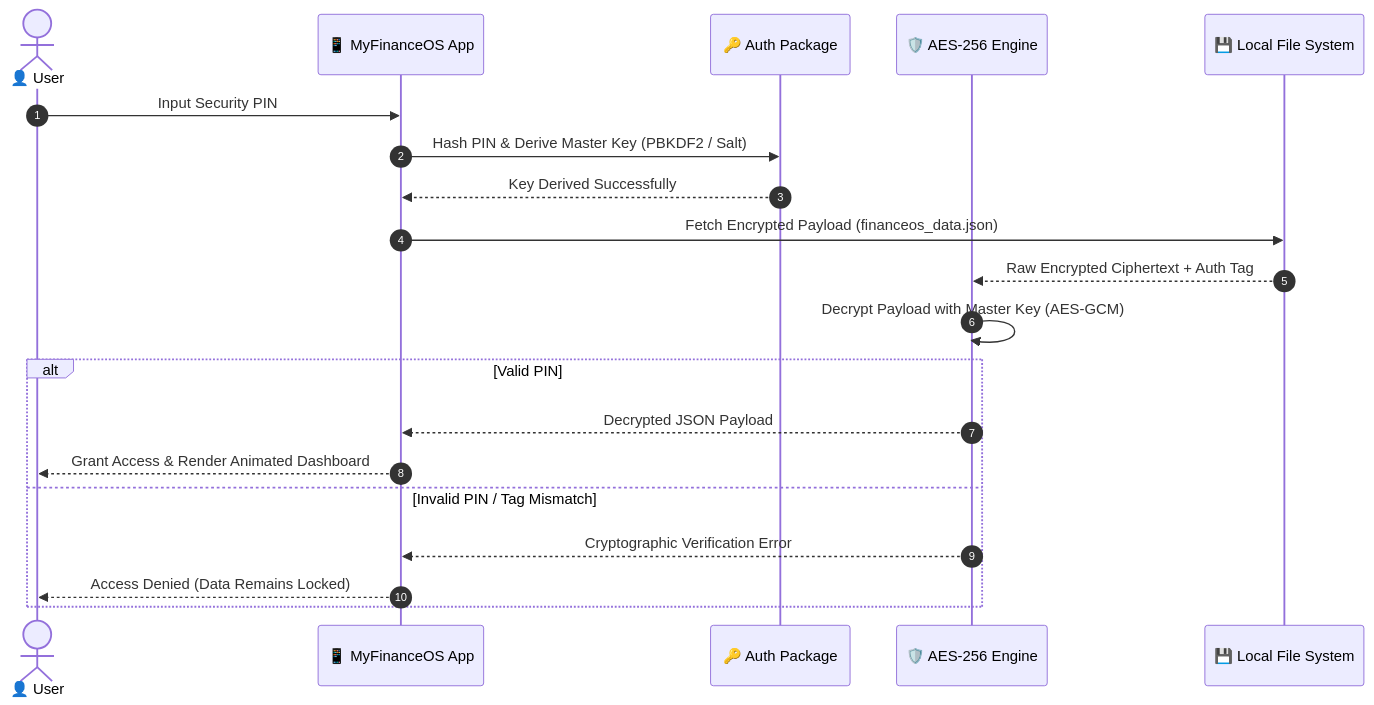
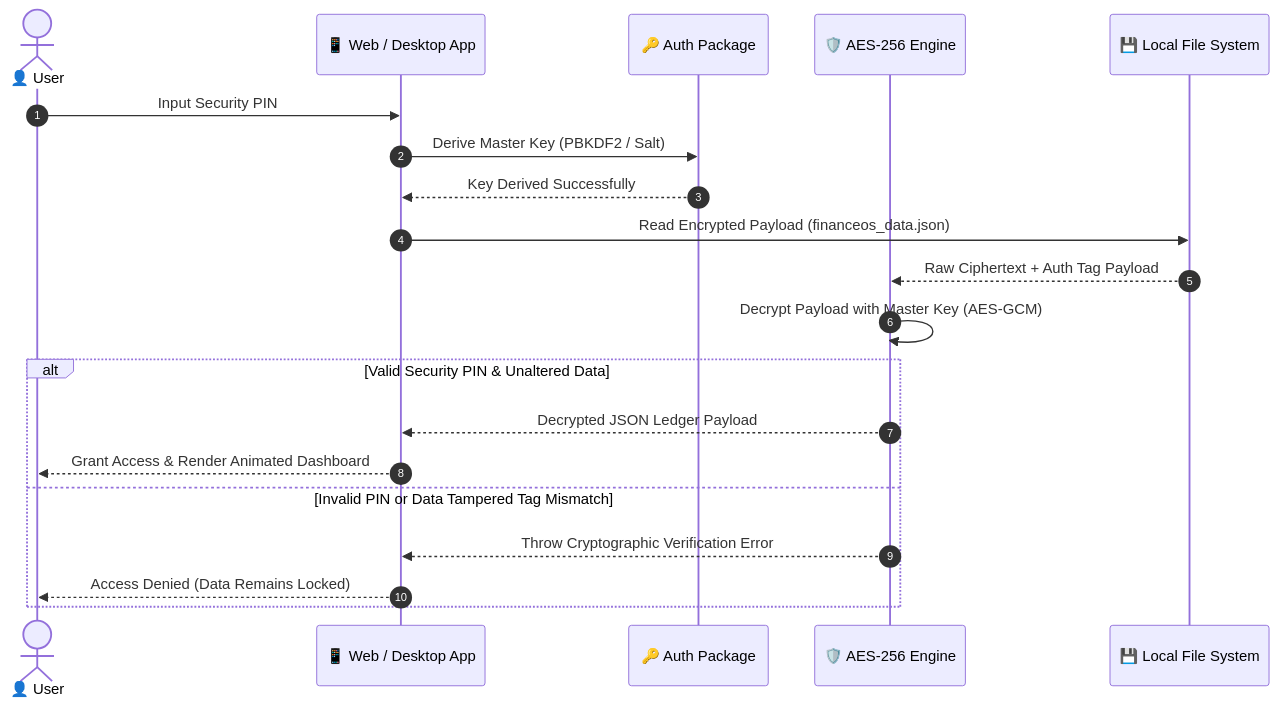
The third of 3 diagrams in README.md (AnuroopSrivastava/MyFinanceOS), drawn with Mermaid before and after one commit. The commit also changed other lines of this file, not shown here.

Commit message:
docs: redesign Mermaid architecture, motion pipeline, and security diagrams

````diff
--- a/README.md
+++ b/README.md
@@ -149,23 +159,24 @@
 ```mermaid
 sequenceDiagram
     autonumber
     actor User as 👤 User
-    participant App as 📱 MyFinanceOS App
+    participant App as 📱 Web / Desktop App
     participant Auth as 🔑 Auth Package
     participant Engine as 🛡️ AES-256 Engine
-    participant Disk as 💾 Local File System
+    participant Storage as 💾 Local File System
 
     User->>App: Input Security PIN
-    App->>Auth: Hash PIN & Derive Master Key (PBKDF2 / Salt)
+    App->>Auth: Derive Master Key (PBKDF2 / Salt)
     Auth-->>App: Key Derived Successfully
-    App->>Disk: Fetch Encrypted Payload (financeos_data.json)
-    Disk-->>Engine: Raw Encrypted Ciphertext + Auth Tag
+    App->>Storage: Read Encrypted Payload (financeos_data.json)
+    Storage-->>Engine: Raw Ciphertext + Auth Tag Payload
     Engine->>Engine: Decrypt Payload with Master Key (AES-GCM)
-    alt Valid PIN
-        Engine-->>App: Decrypted JSON Payload
+
+    alt Valid Security PIN & Unaltered Data
+        Engine-->>App: Decrypted JSON Ledger Payload
         App-->>User: Grant Access & Render Animated Dashboard
-    else Invalid PIN / Tag Mismatch
-        Engine-->>App: Cryptographic Verification Error
+    else Invalid PIN or Data Tampered Tag Mismatch
+        Engine-->>App: Throw Cryptographic Verification Error
         App-->>User: Access Denied (Data Remains Locked)
     end
 ```
````
